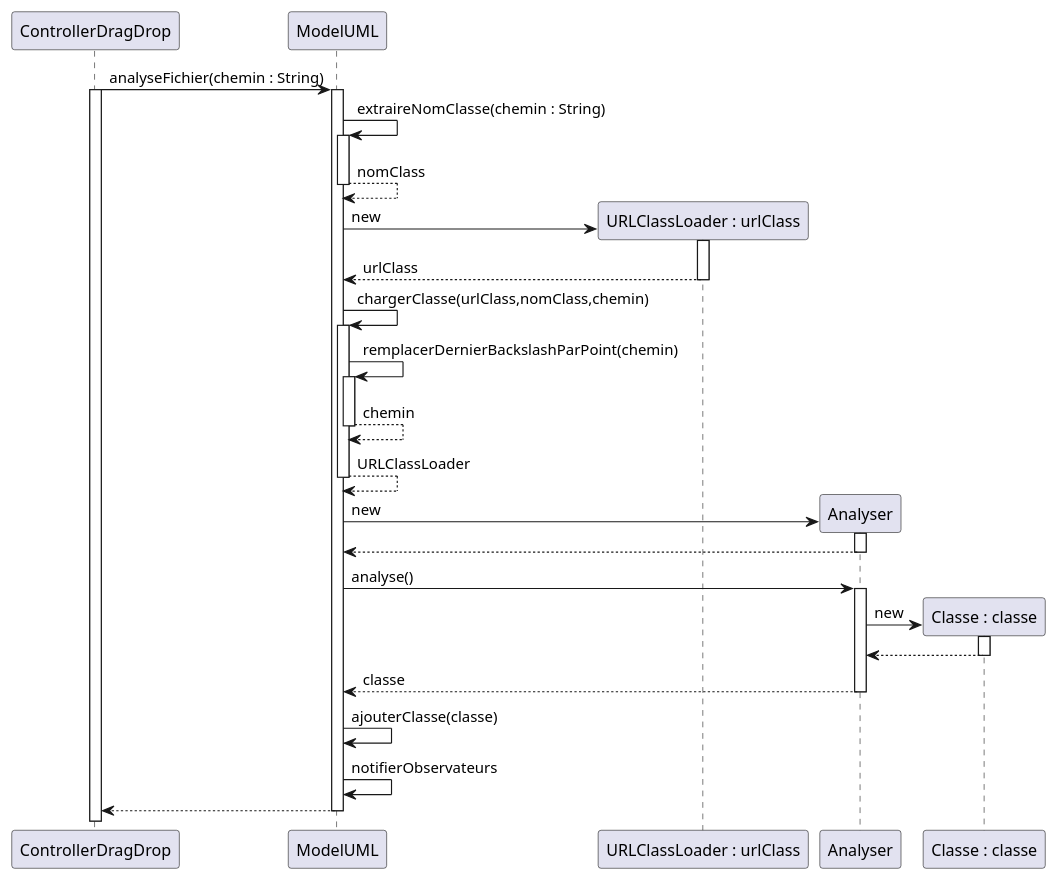
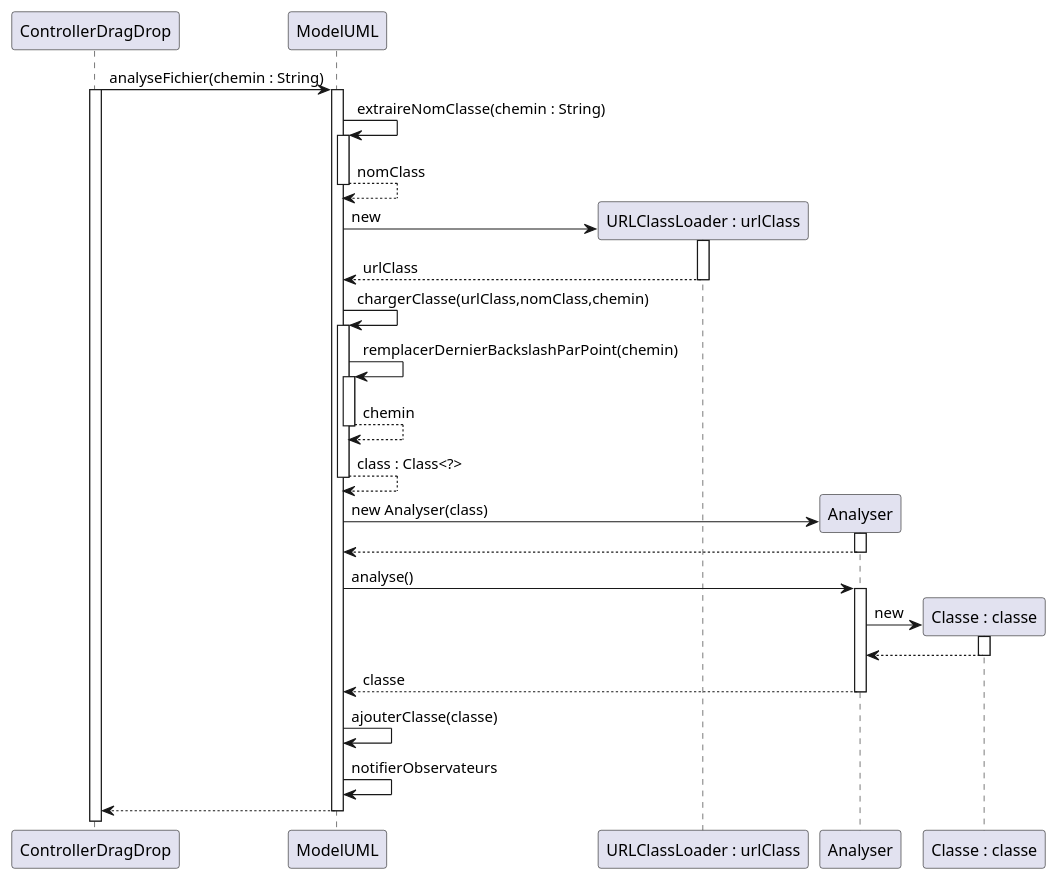
Before and after one commit to Valentxn7/adg_project: the diagram in documents/Iteration_2/diagSeq_analyseFichier.puml, drawn with PlantUML.

Commit message:
V1 diagSeq_analyse.puml

```diff
--- a/documents/Iteration_2/diagSeq_analyseFichier.puml
+++ b/documents/Iteration_2/diagSeq_analyseFichier.puml
@@ -1,45 +1,45 @@
 @startuml
 
 participant ControllerDragDrop
 
 ControllerDragDrop -> ModelUML : analyseFichier(chemin : String)
 activate ControllerDragDrop
 activate "ModelUML"
 ModelUML -> ModelUML : extraireNomClasse(chemin : String)
 activate ModelUML
 ModelUML --> ModelUML : nomClass
 deactivate ModelUML
 create "URLClassLoader : urlClass" as URLClassLoader
 ModelUML -> URLClassLoader : new
 activate URLClassLoader
 URLClassLoader --> ModelUML : urlClass
 deactivate URLClassLoader
 ModelUML -> ModelUML : chargerClasse(urlClass,nomClass,chemin)
 activate ModelUML
 ModelUML -> ModelUML : remplacerDernierBackslashParPoint(chemin)
 activate ModelUML
 ModelUML --> ModelUML : chemin
 deactivate ModelUML
-ModelUML --> ModelUML : URLClassLoader
+ModelUML --> ModelUML : class : Class<?>
 deactivate ModelUML
 create Analyser
-ModelUML -> Analyser : new
+ModelUML -> Analyser : new Analyser(class)
 activate Analyser
 Analyser --> ModelUML
 deactivate Analyser
 ModelUML -> Analyser : analyse()
 activate Analyser
 create "Classe : classe" as Classe
 
 Analyser -> Classe : new
 activate Classe
 Classe --> Analyser
 deactivate Classe
 Analyser --> ModelUML :  classe
 deactivate Analyser
 ModelUML -> ModelUML : ajouterClasse(classe)
 
 deactivate Classe
 ModelUML -> ModelUML : notifierObservateurs
 return
 @enduml
```
